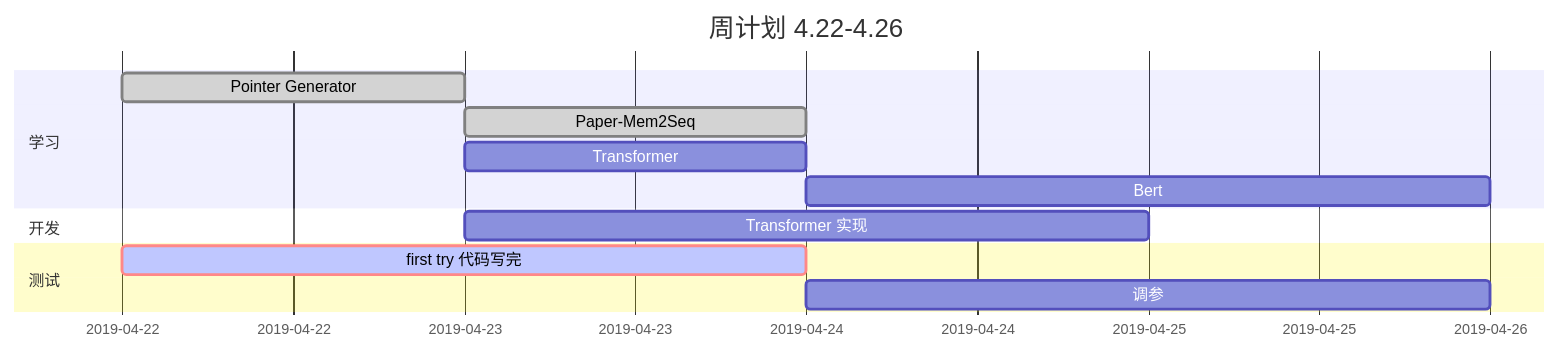
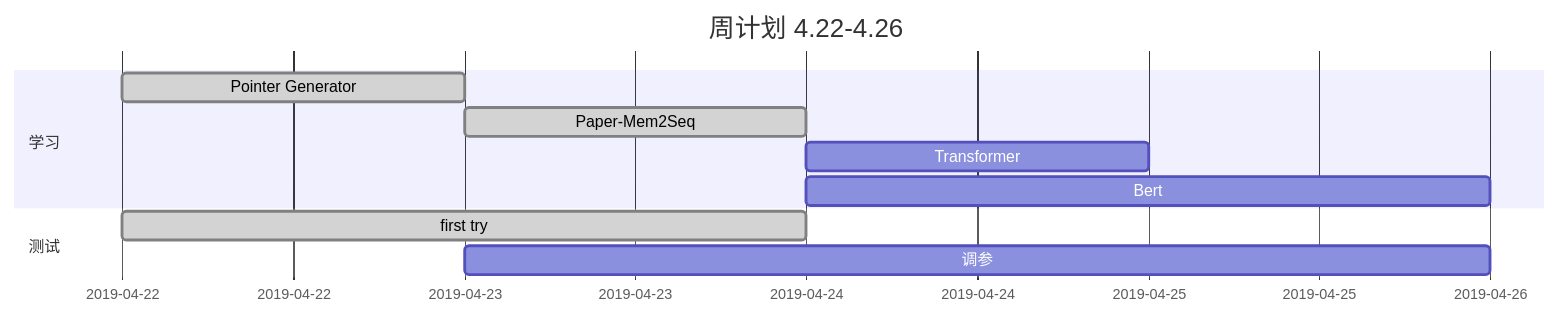
One commit to little-women/reading-list changed the third of 3 diagrams in Planner.md. Above: the diagram before and after it, drawn with Mermaid.

````diff
--- a/Planner.md
+++ b/Planner.md
@@ -42,19 +42,16 @@
 ```mermaid
         gantt
         dateFormat  YYYY-MM-DD
         title 周计划 4.22-4.26
         
         section 学习
         Pointer Generator      :done, s1, 2019-04-22, 1d
-        Paper-Mem2Seq            :done, after s1, 1d
-        Transformer     :s2, after s1,  1d
+        Paper-Mem2Seq            :done, s2, after s1, 1d
+        Transformer     :s3, after s2,  1d
         Bert         :after s2, 2d
         
-        section 开发
-        Transformer 实现     :after s1, 2d
-    
         section 测试
-        first try 代码写完     :crit,active,  t1, 2019-04-22, 2d
-        调参                 :after t1, 2d
+        first try    :done, t1, 2019-04-22, 2d
+        调参                 :after s1, 3d
         
 ```
````
